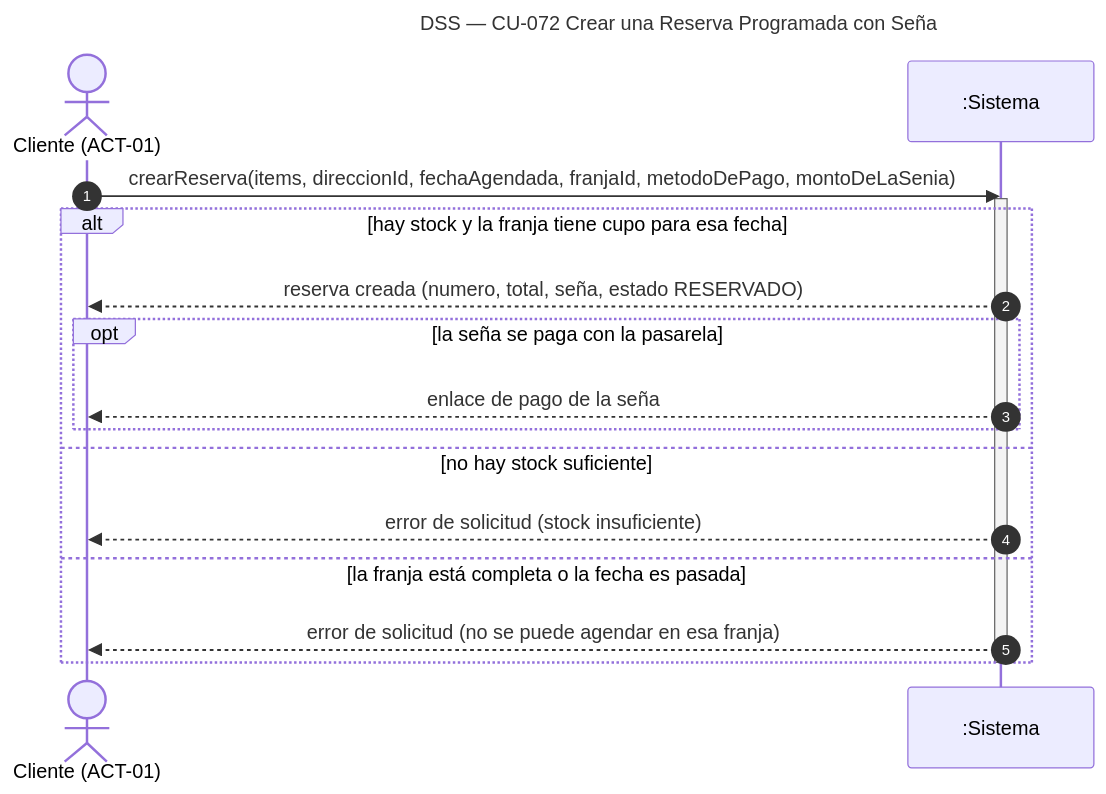
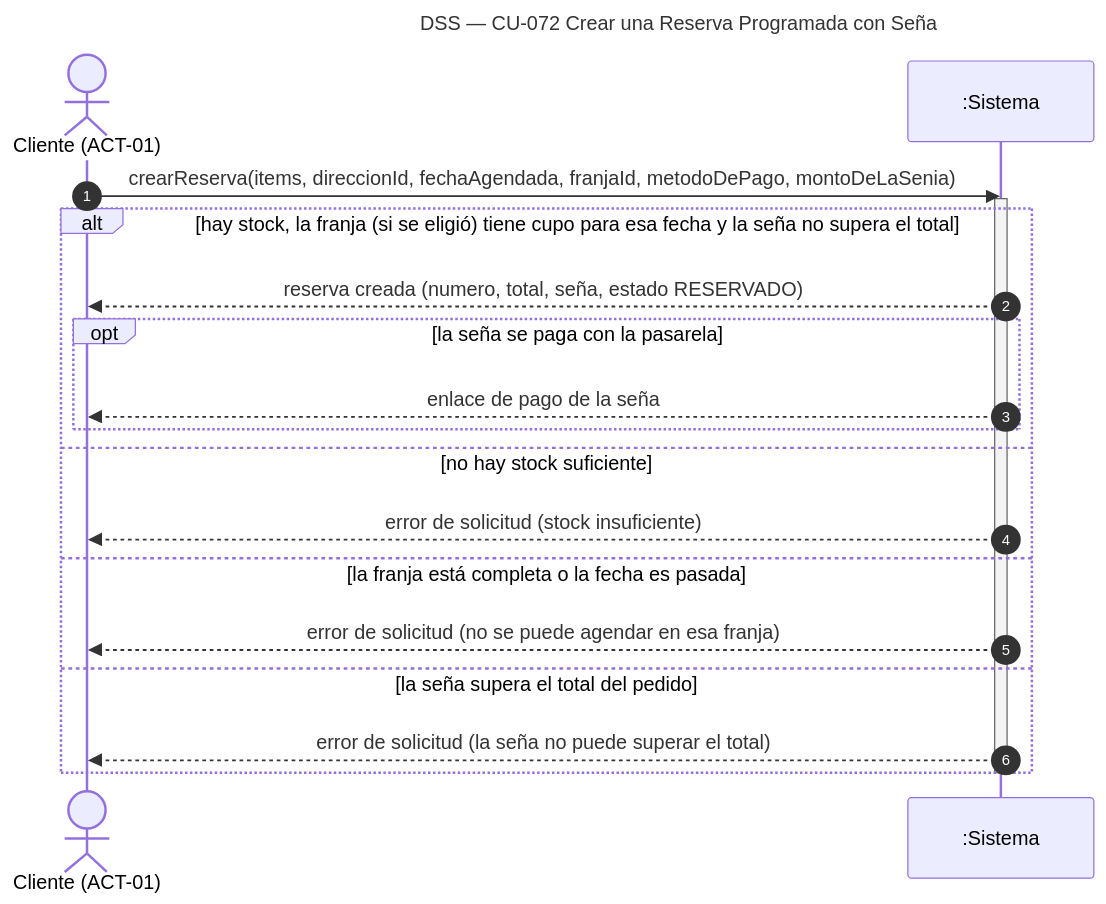
Before and after one commit to Nahuelito-Dev/splg-docs: the diagram in diagramas/DSS_CU-072_Crear-una-Reserva-Programada-con-Sena.mmd, drawn with Mermaid. The commit also changed 42 other files, not shown here.

Commit message:
docs(cu): reserva con seña desde el panel (CU Real nuevo), confirmación de seña por medio, enlace de pago vigente, ficha de caja y capturas del panel actualizadas

```diff
--- a/diagramas/DSS_CU-072_Crear-una-Reserva-Programada-con-Sena.mmd
+++ b/diagramas/DSS_CU-072_Crear-una-Reserva-Programada-con-Sena.mmd
@@ -1,19 +1,21 @@
 sequenceDiagram
     title DSS — CU-072 Crear una Reserva Programada con Seña
     autonumber
     actor CLI as Cliente (ACT-01)
     participant SIS as :Sistema
 
     CLI->>SIS: crearReserva(items, direccionId, fechaAgendada, franjaId, metodoDePago, montoDeLaSenia)
     activate SIS
-    alt hay stock y la franja tiene cupo para esa fecha
+    alt hay stock, la franja (si se eligió) tiene cupo para esa fecha y la seña no supera el total
         SIS-->>CLI: reserva creada (numero, total, seña, estado RESERVADO)
         opt la seña se paga con la pasarela
             SIS-->>CLI: enlace de pago de la seña
         end
     else no hay stock suficiente
         SIS-->>CLI: error de solicitud (stock insuficiente)
     else la franja está completa o la fecha es pasada
         SIS-->>CLI: error de solicitud (no se puede agendar en esa franja)
+    else la seña supera el total del pedido
+        SIS-->>CLI: error de solicitud (la seña no puede superar el total)
     end
     deactivate SIS
```
